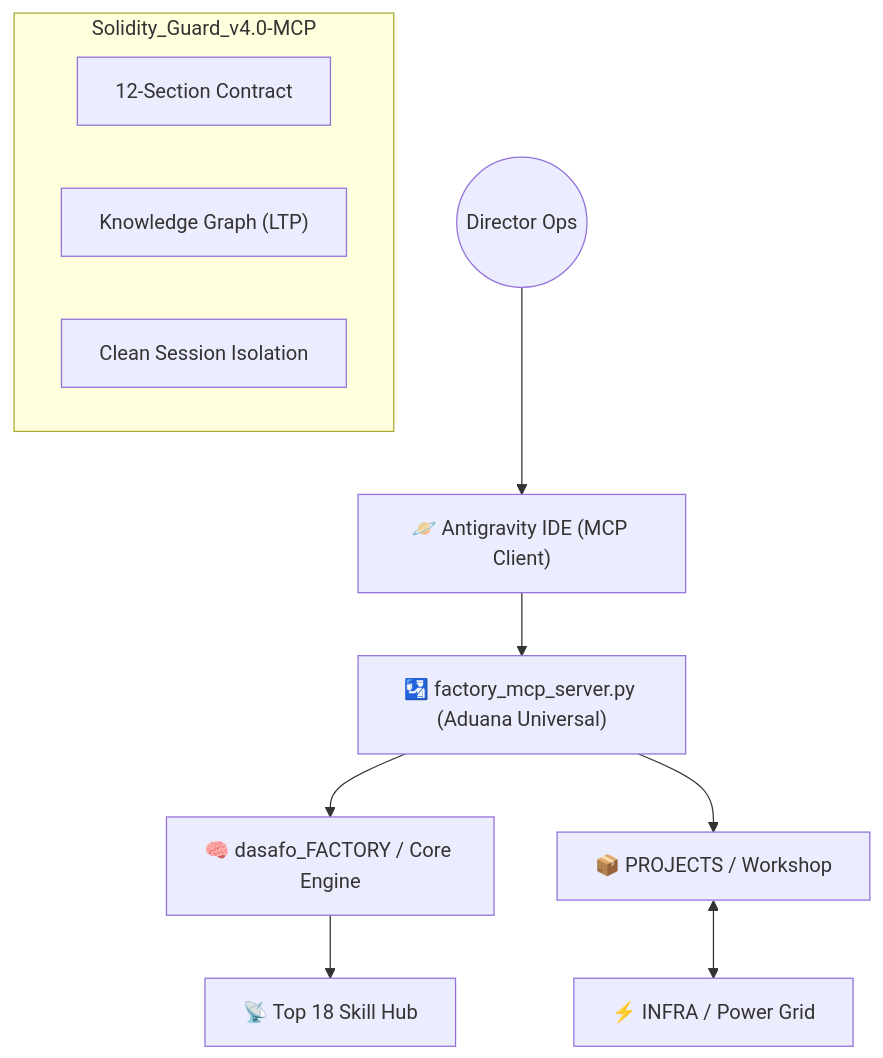
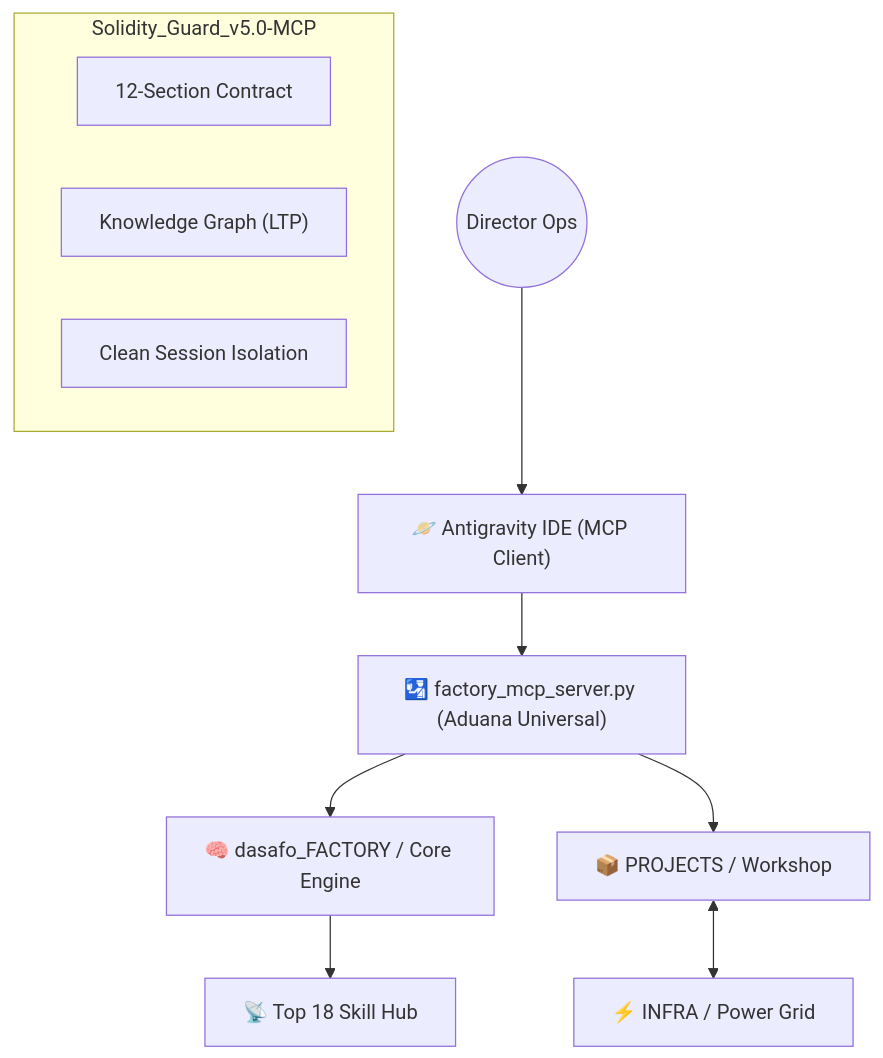
Before and after one commit to dasafo/dasafo_Systems: the diagram in README.md, drawn with Mermaid. The commit also changed other lines of this file and 101 other files, not shown here.

Commit message:
feat: upgrade Dasafo Factory to v5.0-MCP architecture with direct MCP tool invocation and refined agent identity protocols.

`````diff
--- a/README.md
+++ b/README.md
@@ -25,15 +25,15 @@
 ```mermaid
 graph TD
     User((Director Ops)) --> Antigravity["🪐 Antigravity IDE (MCP Client)"]
     Antigravity --> Server["🛂 factory_mcp_server.py (Aduana Universal)"]
     Server --> Factory["🧠 dasafo_FACTORY / Core Engine"]
     Factory --> Hub["📡 Top 18 Skill Hub"]
     Server --> Projects["📦 PROJECTS / Workshop"]
     Projects <--> Infra["⚡ INFRA / Power Grid"]
 
-    subgraph Solidity_Guard_v4.0-MCP
+    subgraph Solidity_Guard_v5.0-MCP
         PRP["12-Section Contract"]
         Neo4j["Knowledge Graph (LTP)"]
         Clean["Clean Session Isolation"]
     end
 ````
`````
